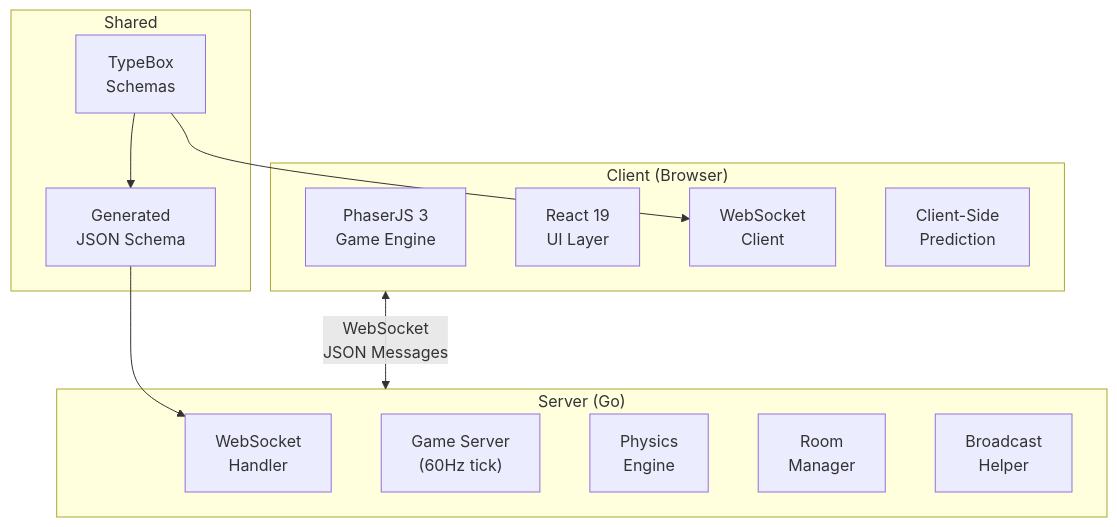
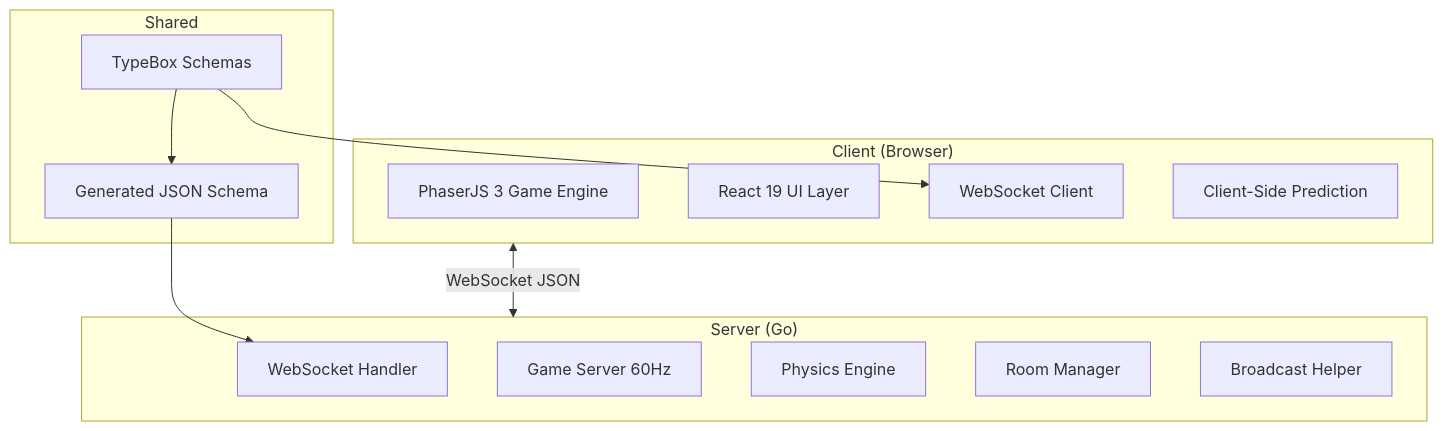
The first of 11 diagrams in docs/ARCHITECTURE.md (mtomcal/stick-rumble), drawn with Mermaid before and after one commit. The commit also changed other lines of this file and 2 other files, not shown here.

First line of the commit message:
docs: Fix Mermaid diagrams for GitHub rendering

````diff
--- a/docs/ARCHITECTURE.md
+++ b/docs/ARCHITECTURE.md
@@ -7,27 +7,27 @@
 ```mermaid
 flowchart TB
     subgraph Client["Client (Browser)"]
-        Phaser["PhaserJS 3\nGame Engine"]
-        React["React 19\nUI Layer"]
-        WS_Client["WebSocket\nClient"]
-        Prediction["Client-Side\nPrediction"]
+        Phaser["PhaserJS 3 Game Engine"]
+        React["React 19 UI Layer"]
+        WS_Client["WebSocket Client"]
+        Prediction["Client-Side Prediction"]
     end
 
     subgraph Server["Server (Go)"]
-        WS_Handler["WebSocket\nHandler"]
-        GameServer["Game Server\n(60Hz tick)"]
-        Physics["Physics\nEngine"]
-        RoomManager["Room\nManager"]
-        Broadcast["Broadcast\nHelper"]
+        WS_Handler["WebSocket Handler"]
+        GameServer["Game Server 60Hz"]
+        Physics["Physics Engine"]
+        RoomManager["Room Manager"]
+        Broadcast["Broadcast Helper"]
     end
 
     subgraph Shared["Shared"]
-        Schema["TypeBox\nSchemas"]
-        JSON["Generated\nJSON Schema"]
+        Schema["TypeBox Schemas"]
+        JSON["Generated JSON Schema"]
     end
 
-    Client <-->|"WebSocket\nJSON Messages"| Server
+    Client <-->|"WebSocket JSON"| Server
     Schema --> WS_Client
     Schema --> JSON
     JSON --> WS_Handler
 ```
````
